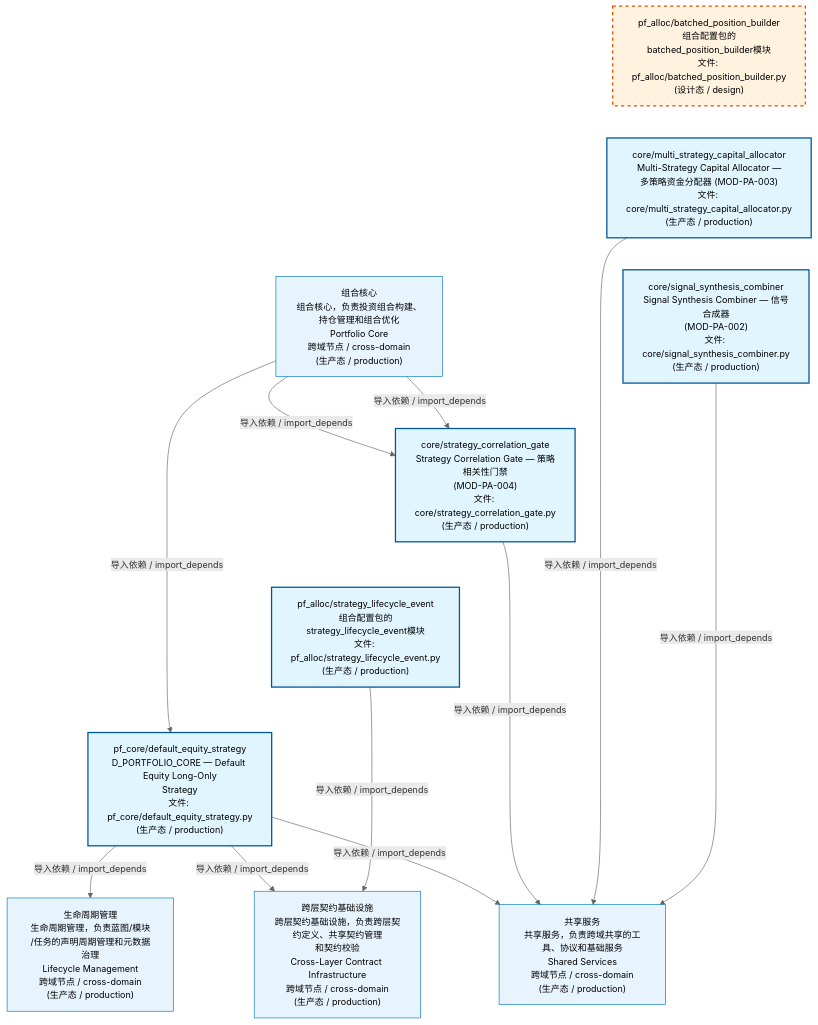
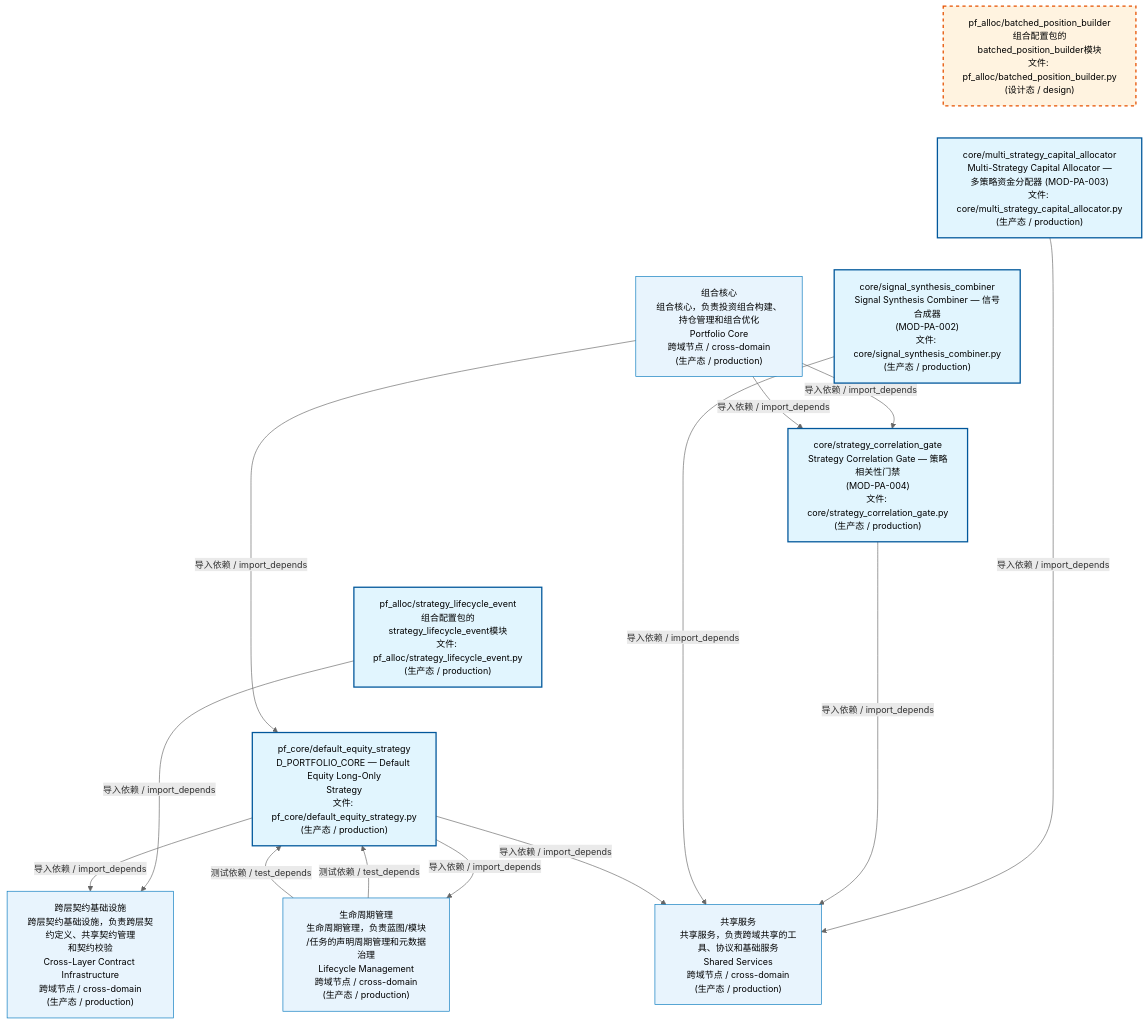
Before and after one commit to xuanFelixVan/ZephyrAlpha: the first of 4 diagrams in docs/02_enterprise_architecture/02_domain_architecture_docs/62_d_pf_alloc.md, drawn with Mermaid. The commit also changed other lines of this file and 45 other files, not shown here.

````diff
--- a/docs/02_enterprise_architecture/02_domain_architecture_docs/62_d_pf_alloc.md
+++ b/docs/02_enterprise_architecture/02_domain_architecture_docs/62_d_pf_alloc.md
@@ -53,36 +53,38 @@
 ```mermaid
 %%{init: {'theme': 'base', 'themeVariables': {'primaryColor': '#eaeaea', 'primaryTextColor': '#333333', 'primaryBorderColor': '#666666', 'lineColor': '#666666', 'secondaryColor': '#eaeaea', 'tertiaryColor': '#eaeaea', 'fontSize': '14px'}}}%%
 flowchart TD
     src_zephyr_pf_alloc_batched_position_builder_py["pf_alloc/batched_position_builder<br/>组合配置包的batched_position_builder模块<br/>文件: pf_alloc/batched_position_builder.py<br/>(设计态 / design)"]
     src_zephyr_pf_alloc_core_multi_strategy_capital_allocator_py["core/multi_strategy_capital_allocator<br/>Multi-Strategy Capital Allocator —<br/>多策略资金分配器 (MOD-PA-003)<br/>文件: core/multi_strategy_capital_allocator.py<br/>(生产态 / production)"]
     src_zephyr_pf_alloc_core_signal_synthesis_combiner_py["core/signal_synthesis_combiner<br/>Signal Synthesis Combiner — 信号合成器<br/>(MOD-PA-002)<br/>文件: core/signal_synthesis_combiner.py<br/>(生产态 / production)"]
     src_zephyr_pf_alloc_core_strategy_correlation_gate_py["core/strategy_correlation_gate<br/>Strategy Correlation Gate — 策略相关性门禁<br/>(MOD-PA-004)<br/>文件: core/strategy_correlation_gate.py<br/>(生产态 / production)"]
     src_zephyr_pf_alloc_strategy_lifecycle_event_py["pf_alloc/strategy_lifecycle_event<br/>组合配置包的strategy_lifecycle_event模块<br/>文件: pf_alloc/strategy_lifecycle_event.py<br/>(生产态 / production)"]
     src_zephyr_pf_core_default_equity_strategy_py["pf_core/default_equity_strategy<br/>D_PORTFOLIO_CORE — Default Equity Long-Only<br/>Strategy<br/>文件: pf_core/default_equity_strategy.py<br/>(生产态 / production)"]
     src_zephyr_pf_alloc_batched_position_builder_py ~~~ src_zephyr_pf_alloc_core_multi_strategy_capital_allocator_py
     src_zephyr_pf_alloc_core_multi_strategy_capital_allocator_py ~~~ src_zephyr_pf_alloc_core_signal_synthesis_combiner_py
     src_zephyr_pf_alloc_core_signal_synthesis_combiner_py ~~~ src_zephyr_pf_alloc_core_strategy_correlation_gate_py
     src_zephyr_pf_alloc_core_strategy_correlation_gate_py ~~~ src_zephyr_pf_alloc_strategy_lifecycle_event_py
     src_zephyr_pf_alloc_strategy_lifecycle_event_py ~~~ src_zephyr_pf_core_default_equity_strategy_py
-    D_SHARED["共享服务<br/>共享服务，负责跨域共享的工具、协议和基础服务<br/>Shared Services<br/>跨域节点 / cross-domain<br/>(生产态 / production)"]
-    src_zephyr_pf_alloc_core_signal_synthesis_combiner_py -->|导入依赖 / import_depends| D_SHARED
     D_INFRASTRUCTURE["跨层契约基础设施<br/>跨层契约基础设施，负责跨层契约定义、共享契约管理<br/>和契约校验<br/>Cross-Layer Contract Infrastructure<br/>跨域节点 / cross-domain<br/>(生产态 / production)"]
     src_zephyr_pf_alloc_strategy_lifecycle_event_py -->|导入依赖 / import_depends| D_INFRASTRUCTURE
+    D_SHARED["共享服务<br/>共享服务，负责跨域共享的工具、协议和基础服务<br/>Shared Services<br/>跨域节点 / cross-domain<br/>(生产态 / production)"]
     src_zephyr_pf_alloc_core_multi_strategy_capital_allocator_py -->|导入依赖 / import_depends| D_SHARED
     src_zephyr_pf_alloc_core_strategy_correlation_gate_py -->|导入依赖 / import_depends| D_SHARED
+    src_zephyr_pf_alloc_core_signal_synthesis_combiner_py -->|导入依赖 / import_depends| D_SHARED
     D_GOVERNANCE["生命周期管理<br/>生命周期管理，负责蓝图/模块<br/>/任务的声明周期管理和元数据治理<br/>Lifecycle Management<br/>跨域节点 / cross-domain<br/>(生产态 / production)"]
     src_zephyr_pf_core_default_equity_strategy_py -->|导入依赖 / import_depends| D_GOVERNANCE
     src_zephyr_pf_core_default_equity_strategy_py -->|导入依赖 / import_depends| D_SHARED
     src_zephyr_pf_core_default_equity_strategy_py -->|导入依赖 / import_depends| D_INFRASTRUCTURE
     D_PF_CORE["组合核心<br/>组合核心，负责投资组合构建、持仓管理和组合优化<br/>Portfolio Core<br/>跨域节点 / cross-domain<br/>(生产态 / production)"]
     D_PF_CORE -->|导入依赖 / import_depends| src_zephyr_pf_alloc_core_strategy_correlation_gate_py
     D_PF_CORE -->|导入依赖 / import_depends| src_zephyr_pf_core_default_equity_strategy_py
+    D_GOVERNANCE -->|测试依赖 / test_depends| src_zephyr_pf_core_default_equity_strategy_py
+    D_GOVERNANCE -->|测试依赖 / test_depends| src_zephyr_pf_core_default_equity_strategy_py
     D_PF_CORE -->|导入依赖 / import_depends| src_zephyr_pf_alloc_core_strategy_correlation_gate_py
     classDef production fill:#e1f5fe,stroke:#01579b,stroke-width:2px,color:#000
     classDef design fill:#fff3e0,stroke:#e65100,stroke-width:2px,color:#000,stroke-dasharray: 5 5
     classDef external_prod fill:#e8f4fd,stroke:#0277bd,stroke-width:1px,color:#000
     classDef external_design fill:#fff8e7,stroke:#ef6c00,stroke-width:1px,color:#000,stroke-dasharray: 5 5
     class src_zephyr_pf_alloc_core_multi_strategy_capital_allocator_py,src_zephyr_pf_alloc_core_signal_synthesis_combiner_py,src_zephyr_pf_alloc_core_strategy_correlation_gate_py,src_zephyr_pf_alloc_strategy_lifecycle_event_py,src_zephyr_pf_core_default_equity_strategy_py production
     class src_zephyr_pf_alloc_batched_position_builder_py design
-    class D_SHARED,D_INFRASTRUCTURE,D_GOVERNANCE,D_PF_CORE external_prod
+    class D_INFRASTRUCTURE,D_SHARED,D_GOVERNANCE,D_PF_CORE external_prod
 ```
````
